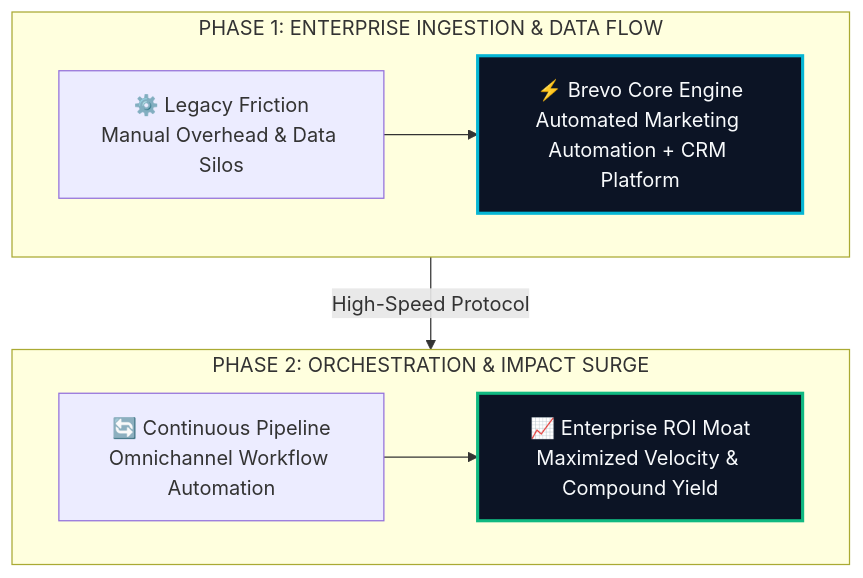
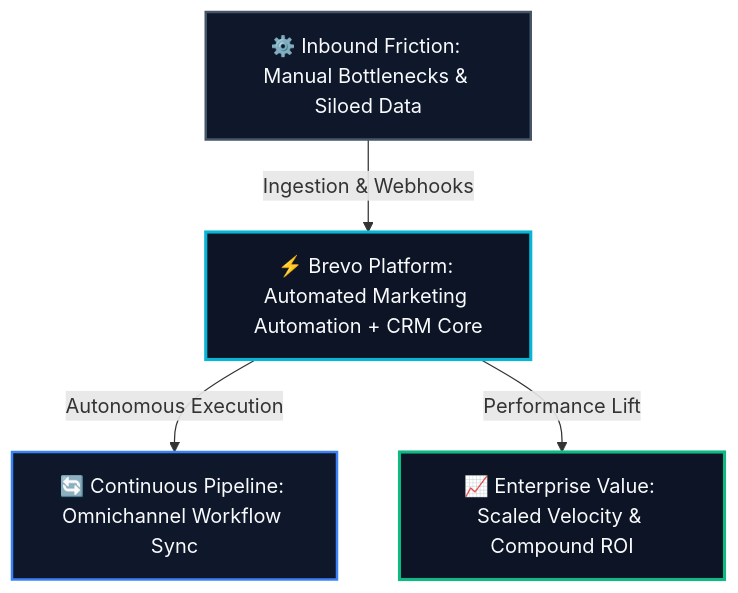
Before and after one commit to heliatech-media/saas-radar: the diagram in site/src/content/blog/brevo-evolution-guide-2026.md, drawn with Mermaid. The commit also changed 93 other files, not shown here.

First line of the commit message:
fix(diagrams): resolve dagre-d3 subgraph collision by migrating to balanced 3-tier Hub & Spoke architecture

````diff
--- a/site/src/content/blog/brevo-evolution-guide-2026.md
+++ b/site/src/content/blog/brevo-evolution-guide-2026.md
@@ -55,14 +55,14 @@
 ```mermaid
 flowchart TD
-    subgraph S1["PHASE 1: ENTERPRISE INGESTION & DATA FLOW"]
-        direction LR
-        A["⚙️ Legacy Friction<br/>Manual Overhead & Data Silos"] --> B["⚡ Brevo Core Engine<br/>Automated Marketing Automation + CRM Platform"]
-    end
-    subgraph S2["PHASE 2: ORCHESTRATION & IMPACT SURGE"]
-        direction LR
-        C["🔄 Continuous Pipeline<br/>Omnichannel Workflow Automation"] --> D["📈 Enterprise ROI Moat<br/>Maximized Velocity & Compound Yield"]
-    end
-    S1 -->|High-Speed Protocol| S2
-    style B fill:#0c1425,stroke:#06b6d4,stroke-width:2.5px,color:#f8fafc
-    style D fill:#0c1425,stroke:#10b981,stroke-width:2.5px,color:#f8fafc
+    Inp["⚙️ Inbound Friction: Manual Bottlenecks & Siloed Data"]
+    Eng["⚡ Brevo Platform: Automated Marketing Automation + CRM Core"]
+    Out1["🔄 Continuous Pipeline: Omnichannel Workflow Sync"]
+    Out2["📈 Enterprise Value: Scaled Velocity & Compound ROI"]
+    Inp -->|Ingestion & Webhooks| Eng
+    Eng -->|Autonomous Execution| Out1
+    Eng -->|Performance Lift| Out2
+    style Inp fill:#0f172a,stroke:#475569,stroke-width:2px,color:#f8fafc
+    style Eng fill:#0c1425,stroke:#06b6d4,stroke-width:2.5px,color:#f8fafc
+    style Out1 fill:#0f172a,stroke:#3b82f6,stroke-width:2px,color:#f8fafc
+    style Out2 fill:#0c1425,stroke:#10b981,stroke-width:2.5px,color:#f8fafc
 ```
````
